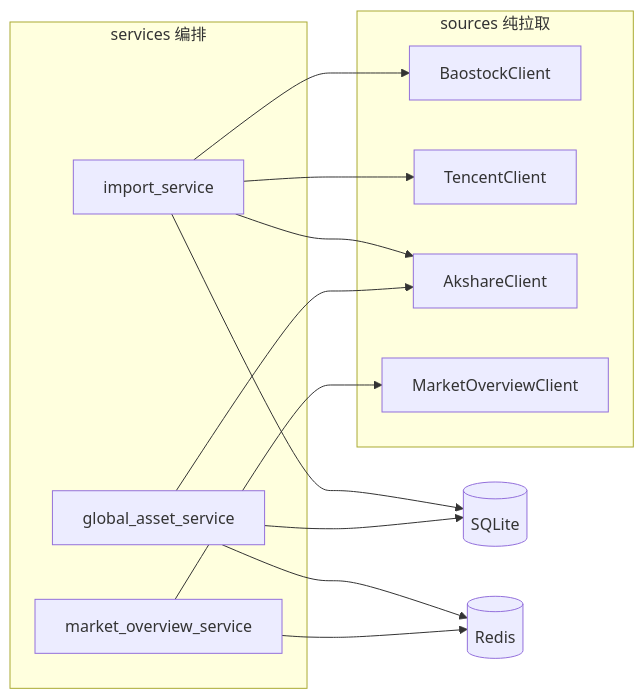
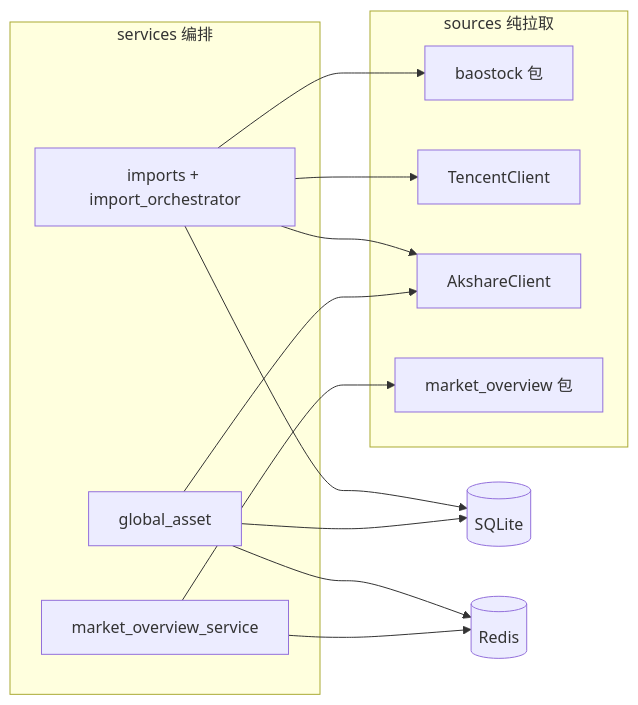
One commit to gunerguner/Astock changed the diagram in .agents/skills/astock/references/external-data.md. Above: the diagram before and after it, drawn with Mermaid. The commit also changed other lines of this file and 42 other files, not shown here.

````diff
--- a/.agents/skills/astock/references/external-data.md
+++ b/.agents/skills/astock/references/external-data.md
@@ -27,23 +27,23 @@
 ```mermaid
 flowchart LR
   subgraph sources [sources 纯拉取]
-    bao[BaostockClient]
+    bao[baostock 包]
     tx[TencentClient]
     ak[AkshareClient]
-    mo[MarketOverviewClient]
+    mo[market_overview 包]
   end
   subgraph services [services 编排]
-    imp[import_service]
-    gas[global_asset_service]
+    imp[imports + import_orchestrator]
+    gas[global_asset]
     mos[market_overview_service]
   end
   imp --> bao
   imp --> tx
   imp --> ak
   gas --> ak
   mos --> mo
   imp --> SQLite[(SQLite)]
   gas --> SQLite
   gas --> Redis[(Redis)]
   mos --> Redis
 ```
````
